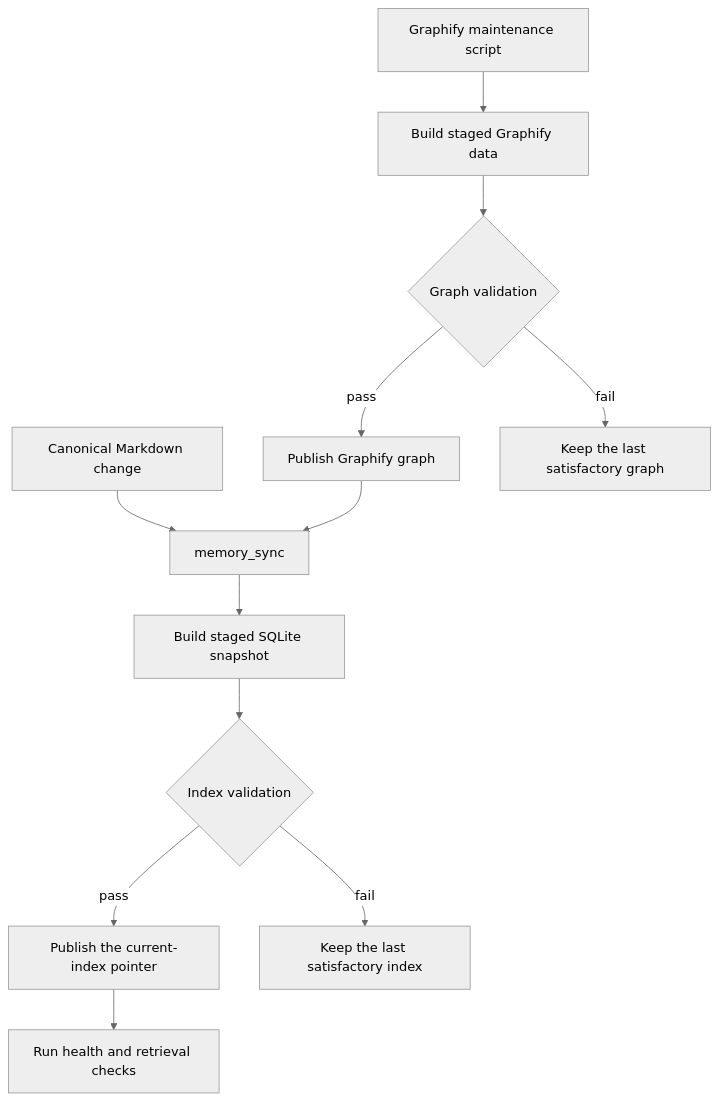
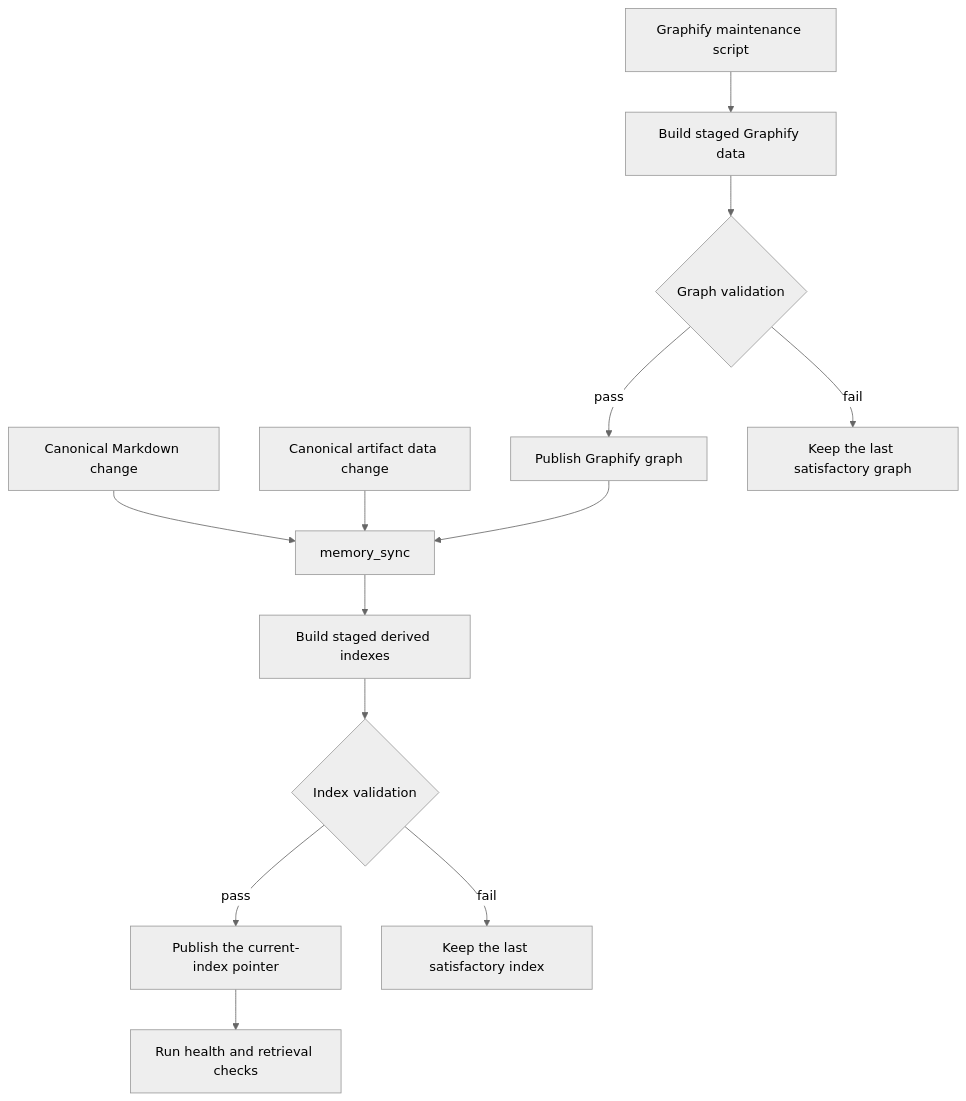
One commit to moorej2400/ai-memory-mcp changed the third of 3 diagrams in README.md. Above: the diagram before and after it, drawn with Mermaid (neutral theme). The commit also changed other lines of this file and 42 other files, not shown here.

````diff
--- a/README.md
+++ b/README.md
@@ -127,14 +127,15 @@
 ```mermaid
 flowchart TD
     Change[Canonical Markdown change] --> Sync[memory_sync]
-    Sync --> IndexStage[Build staged SQLite snapshot]
+    ArtifactChange[Canonical artifact data change] --> Sync
+    Sync --> IndexStage[Build staged derived indexes]
     Maintenance[Graphify maintenance script] --> GraphStage[Build staged Graphify data]
     GraphStage --> GraphValidate{Graph validation}
     GraphValidate -->|pass| GraphPublish[Publish Graphify graph]
     GraphValidate -->|fail| GraphKeep[Keep the last satisfactory graph]
     GraphPublish --> Sync
     IndexStage --> IndexValidate{Index validation}
     IndexValidate -->|pass| Pointer[Publish the current-index pointer]
     IndexValidate -->|fail| IndexKeep[Keep the last satisfactory index]
     Pointer --> Health[Run health and retrieval checks]
 ```
````
